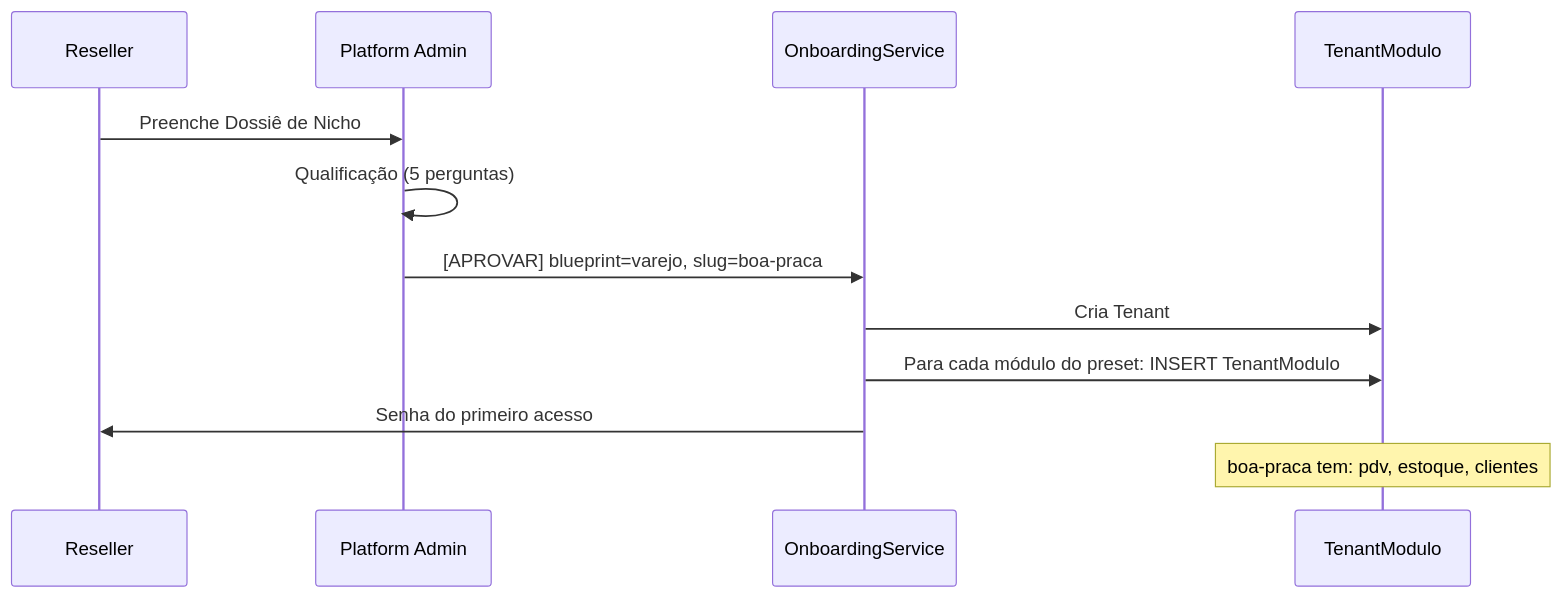
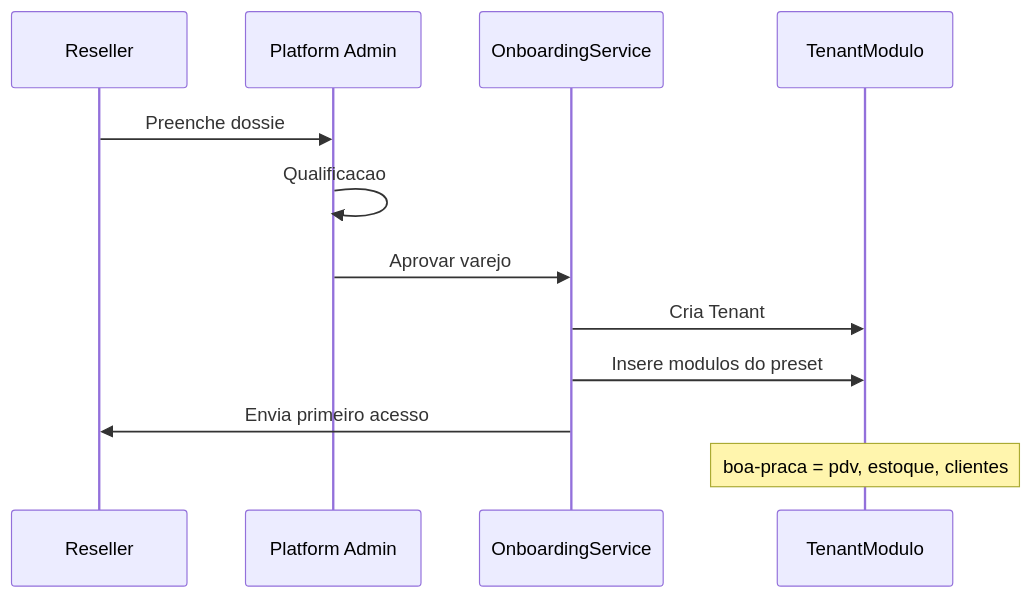
The diagram in beehive/construcao/debates/DEBATE-014-MODULOS-PLUGAVEIS.md (marcio012/hive), drawn with Mermaid before and after one commit. The commit also changed other lines of this file and 1 other file, not shown here.

````diff
--- a/beehive/construcao/debates/DEBATE-014-MODULOS-PLUGAVEIS.md
+++ b/beehive/construcao/debates/DEBATE-014-MODULOS-PLUGAVEIS.md
@@ -167,15 +198,15 @@
 ```mermaid
 sequenceDiagram
     participant R as Reseller
     participant P as Platform Admin
     participant OS as OnboardingService
     participant DB as TenantModulo
 
-    R->>P: Preenche Dossiê de Nicho
-    P->>P: Qualificação (5 perguntas)
-    P->>OS: [APROVAR] blueprint=varejo, slug=boa-praca
+    R->>P: Preenche dossie
+    P->>P: Qualificacao
+    P->>OS: Aprovar varejo
     OS->>DB: Cria Tenant
-    OS->>DB: Para cada módulo do preset: INSERT TenantModulo
-    OS->>R: Senha do primeiro acesso
-    Note over DB: boa-praca tem: pdv, estoque, clientes
+    OS->>DB: Insere modulos do preset
+    OS->>R: Envia primeiro acesso
+    Note over DB: boa-praca = pdv, estoque, clientes
 ```
````
